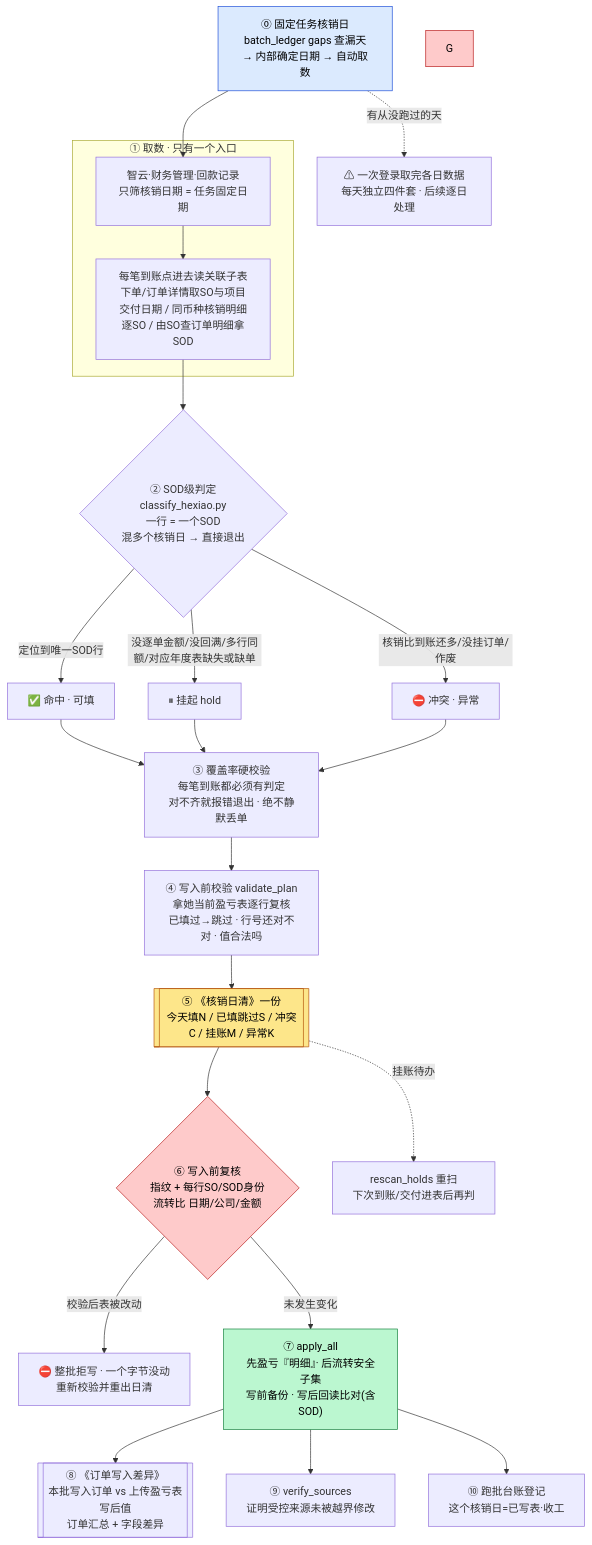
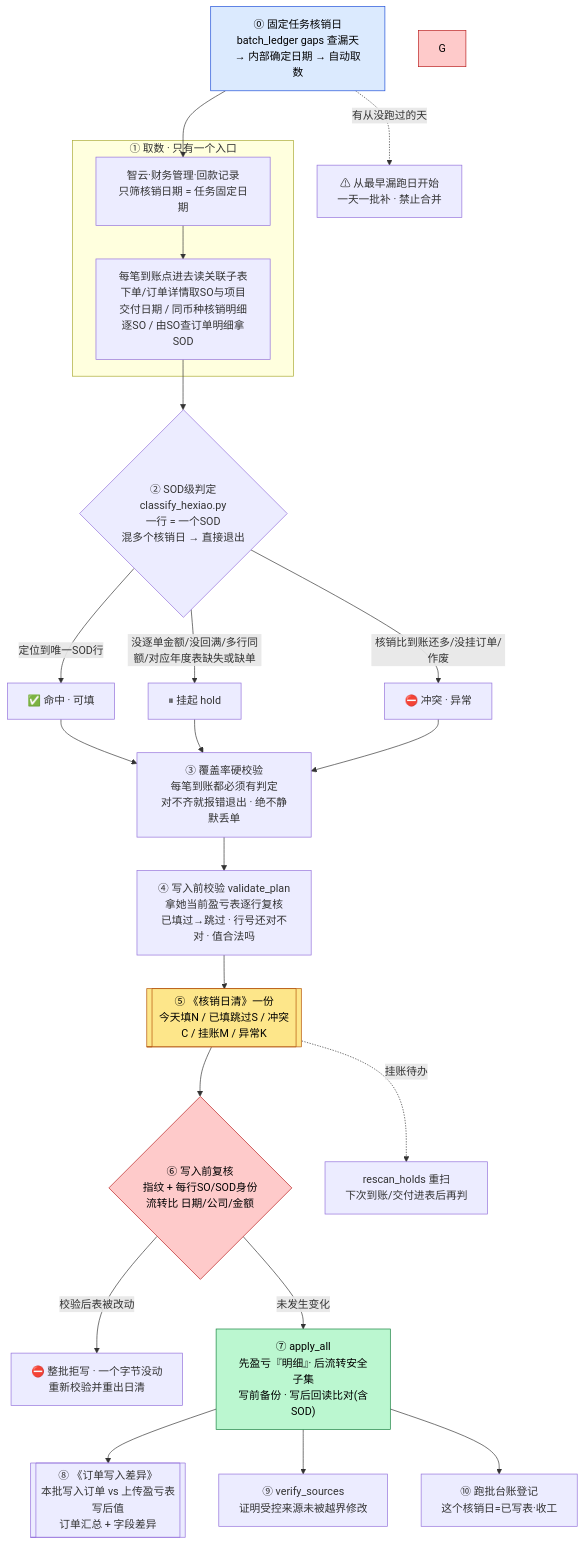
One commit to ErenYeager2002/financial_pj changed the first of 2 diagrams in sources/finance-skills/skills/ar-hexiao-daily/README.md. Above: the diagram before and after it, drawn with Mermaid. The commit also changed other lines of this file and 75 other files, not shown here.

````diff
--- a/sources/finance-skills/skills/ar-hexiao-daily/README.md
+++ b/sources/finance-skills/skills/ar-hexiao-daily/README.md
@@ -54,30 +54,30 @@
 ```mermaid
 flowchart TD
     D0["⓪ 固定任务核销日<br/>batch_ledger gaps 查漏天<br/>→ 内部确定日期 → 自动取数"] --> A
-    D0 -.->|"有从没跑过的天"| GAP["⚠ 一次登录取完各日数据<br/>每天独立四件套 · 后续逐日处理"]
+    D0 -.->|"有从没跑过的天"| GAP["⚠ 从最早漏跑日开始<br/>一天一批补 · 禁止合并"]
     subgraph 取数["① 取数 · 只有一个入口"]
         A["智云·财务管理·回款记录<br/>只筛核销日期 = 任务固定日期"] --> B["每笔到账点进去读关联子表<br/>下单/订单详情取SO与项目交付日期 / 同币种核销明细逐SO / 由SO查订单明细拿SOD"]
     end
     B --> C{"② SOD级判定<br/>classify_hexiao.py<br/>一行 = 一个SOD<br/>混多个核销日 → 直接退出"}
     C -->|"定位到唯一SOD行"| HIT["✅ 命中 · 可填"]
     C -->|"没逐单金额/没回满/多行同额/对应年度表缺失或缺单"| HOLD["⏸ 挂起 hold"]
     C -->|"核销比到账还多/没挂订单/作废"| EXC["⛔ 冲突 · 异常"]
     HIT --> COV
     HOLD --> COV
     EXC --> COV
     COV["③ 覆盖率硬校验<br/>每笔到账都必须有判定<br/>对不齐就报错退出 · 绝不静默丢单"] --> V["④ 写入前校验 validate_plan<br/>拿她当前盈亏表逐行复核<br/>已填过→跳过 · 行号还对不对 · 值合法吗"]
     V --> W[["⑤ 《核销日清》一份<br/>今天填N / 已填跳过S / 冲突C / 挂账M / 异常K"]]
     W --> PRE{"⑥ 写入前复核<br/>指纹 + 每行SO/SOD身份<br/>流转比 日期/公司/金额"}
     PRE -->|"校验后表被改动"| REDO["⛔ 整批拒写 · 一个字节没动<br/>重新校验并重出日清"]
     PRE -->|"未发生变化"| AP["⑦ apply_all<br/>先盈亏『明细』· 后流转安全子集<br/>写前备份 · 写后回读比对(含SOD)"]
     AP --> DIFF[["⑧ 《订单写入差异》<br/>本批写入订单 vs 上传盈亏表写后值<br/>订单汇总 + 字段差异"]]
     AP --> VS["⑨ verify_sources<br/>证明受控来源未被越界修改"]
     AP --> BL["⑩ 跑批台账登记<br/>这个核销日=已写表·收工"]
     W -.->|"挂账待办"| R["rescan_holds 重扫<br/>下次到账/交付进表后再判"]
 
     style D0 fill:#dbeafe,stroke:#1d4ed8,color:#000
     style W fill:#fde68a,stroke:#b45309,color:#000
     style G fill:#fecaca,stroke:#b91c1c,color:#000
     style PRE fill:#fecaca,stroke:#b91c1c,color:#000
     style AP fill:#bbf7d0,stroke:#15803d,color:#000
 ```
````
